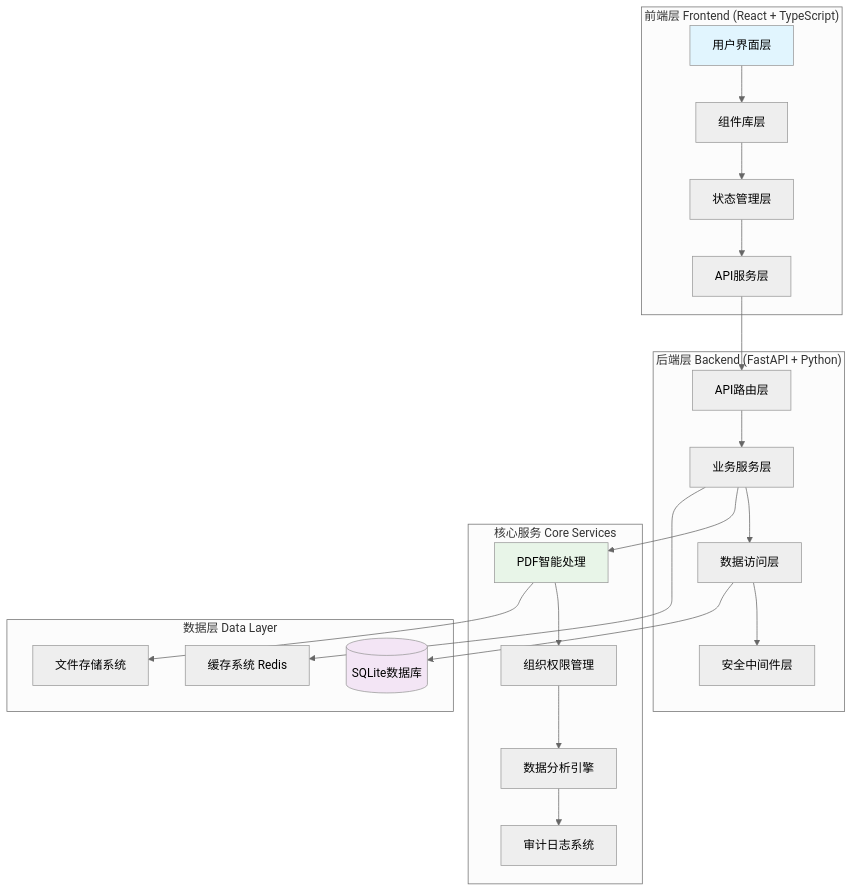
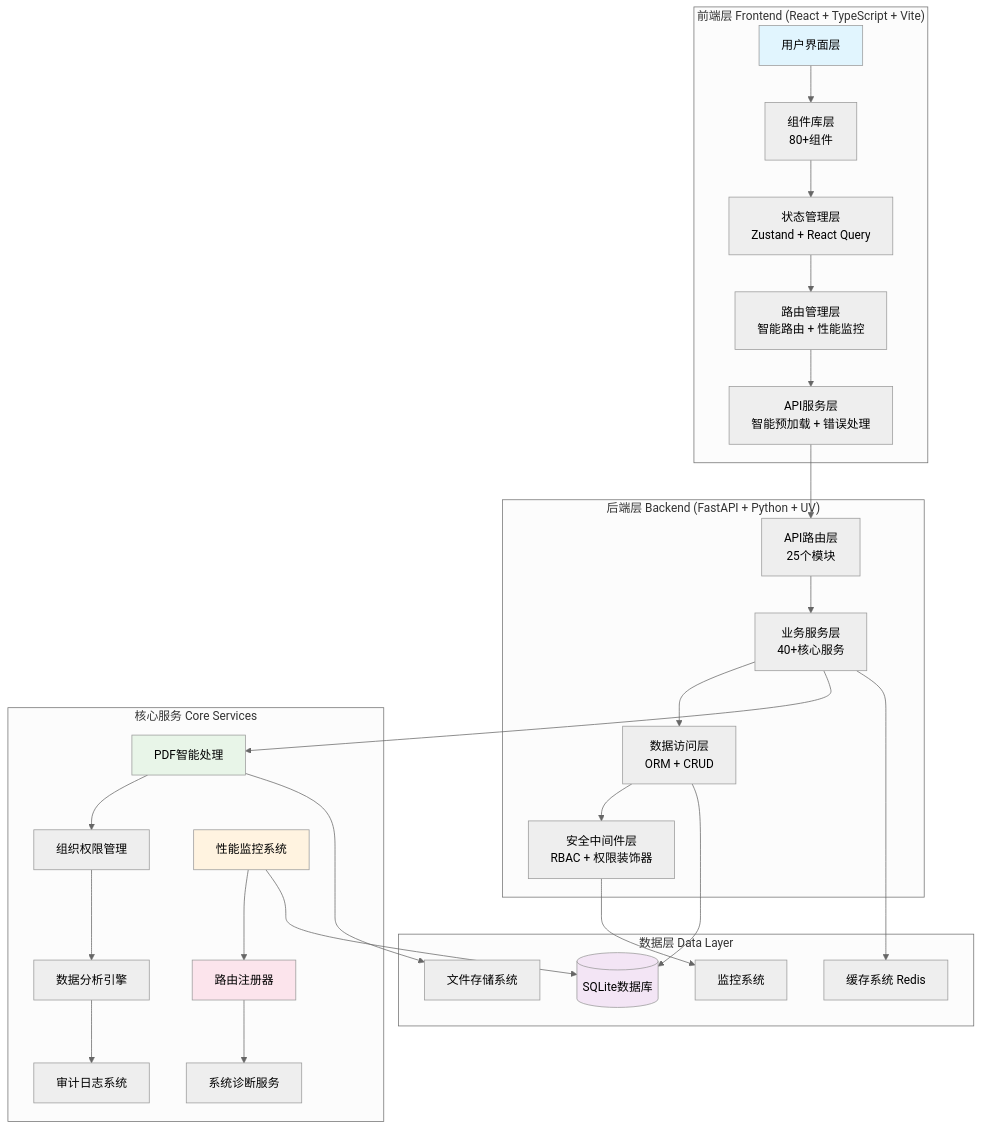
Before and after one commit to yqy2026/zcgl: the first of 2 diagrams in CLAUDE.md, drawn with Mermaid (neutral theme). The commit also changed other lines of this file and 6 other files, not shown here.

````diff
--- a/CLAUDE.md
+++ b/CLAUDE.md
@@ -28,36 +43,44 @@
 ```mermaid
 graph TB
-    subgraph "前端层 Frontend (React + TypeScript)"
-        A[用户界面层] --> B[组件库层]
-        B --> C[状态管理层]
-        C --> D[API服务层]
+    subgraph "前端层 Frontend (React + TypeScript + Vite)"
+        A[用户界面层] --> B[组件库层<br/>80+组件]
+        B --> C[状态管理层<br/>Zustand + React Query]
+        C --> D[路由管理层<br/>智能路由 + 性能监控]
+        D --> E[API服务层<br/>智能预加载 + 错误处理]
     end
 
-    subgraph "后端层 Backend (FastAPI + Python)"
-        E[API路由层] --> F[业务服务层]
-        F --> G[数据访问层]
-        G --> H[安全中间件层]
+    subgraph "后端层 Backend (FastAPI + Python + UV)"
+        F[API路由层<br/>25个模块] --> G[业务服务层<br/>40+核心服务]
+        G --> H[数据访问层<br/>ORM + CRUD]
+        H --> I[安全中间件层<br/>RBAC + 权限装饰器]
     end
 
     subgraph "核心服务 Core Services"
-        I[PDF智能处理] --> J[组织权限管理]
-        J --> K[数据分析引擎]
-        K --> L[审计日志系统]
+        J[PDF智能处理] --> K[组织权限管理]
+        K --> L[数据分析引擎]
+        L --> M[审计日志系统]
+        N[性能监控系统] --> O[路由注册器]
+        O --> P[系统诊断服务]
     end
 
     subgraph "数据层 Data Layer"
-        M[(SQLite数据库)]
-        N[文件存储系统]
-        O[缓存系统 Redis]
+        Q[(SQLite数据库)]
+        R[文件存储系统]
+        S[缓存系统 Redis]
+        T[监控系统]
     end
 
-    D --> E
-    F --> I
-    G --> M
-    I --> N
-    F --> O
+    E --> F
+    G --> J
+    H --> Q
+    I --> T
+    J --> R
+    G --> S
+    N --> Q
 
     style A fill:#e1f5fe
-    style M fill:#f3e5f5
-    style I fill:#e8f5e8
+    style Q fill:#f3e5f5
+    style J fill:#e8f5e8
+    style N fill:#fff3e0
+    style O fill:#fce4ec
 ```
````
